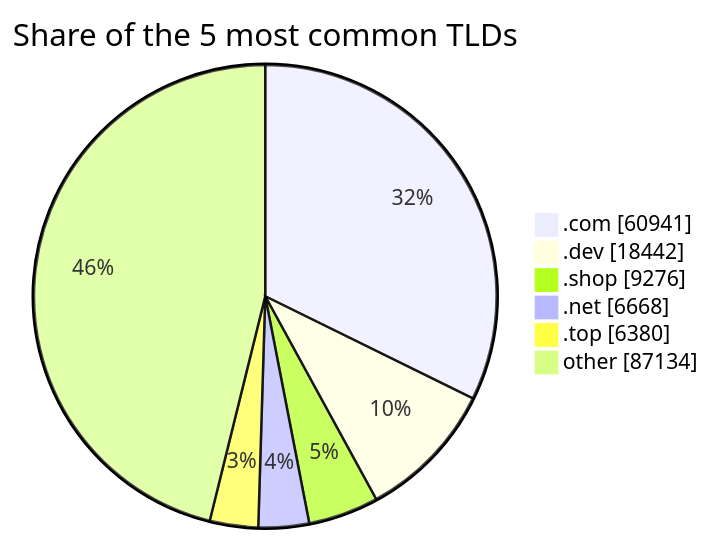
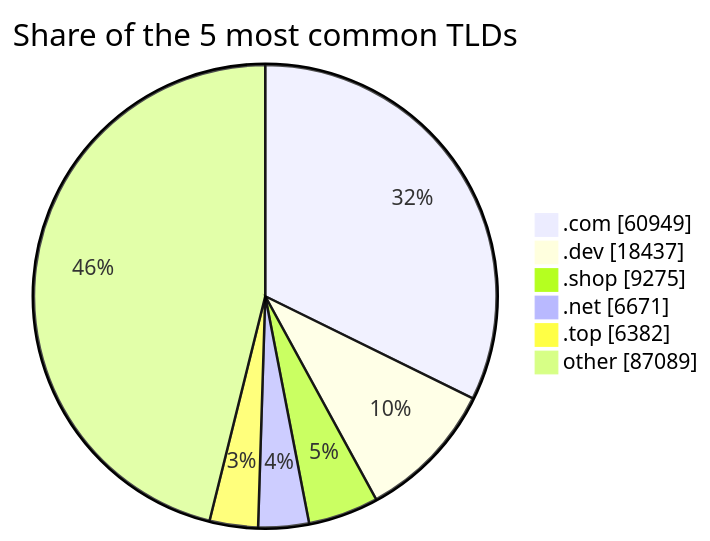
The third of 3 diagrams in README.md (DNSBunker/CTI), drawn with Mermaid before and after one commit. The commit also changed other lines of this file and 3 other files, not shown here.

````diff
--- a/README.md
+++ b/README.md
@@ -81,9 +81,9 @@
 ```mermaid
 pie showData title Share of the 5 most common TLDs
-    ".com" : 60941
-    ".dev" : 18442
-    ".shop" : 9276
-    ".net" : 6668
-    ".top" : 6380
-    "other" : 87134
+    ".com" : 60949
+    ".dev" : 18437
+    ".shop" : 9275
+    ".net" : 6671
+    ".top" : 6382
+    "other" : 87089
 ```
````
